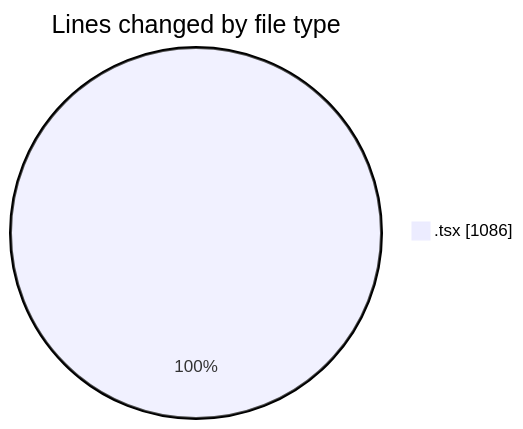
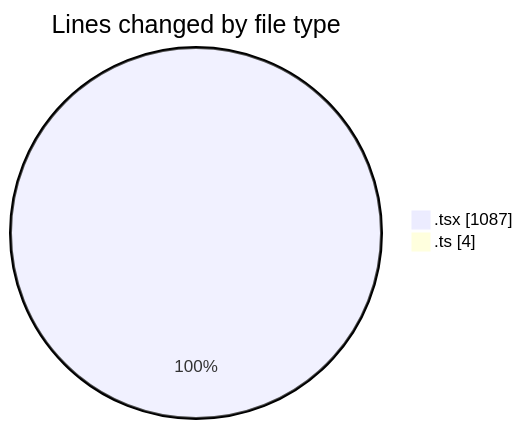
One commit to nxtqubesakshisongat/code-tracking changed the first of 2 diagrams in 2026-05-19/nxtqube_webapp/README.md. Above: the diagram before and after it, drawn with Mermaid. The commit also changed other lines of this file and 1 other file, not shown here.

````diff
--- a/2026-05-19/nxtqube_webapp/README.md
+++ b/2026-05-19/nxtqube_webapp/README.md
@@ -25,5 +26,6 @@
 ```mermaid
 pie showData
 title Lines changed by file type
-".tsx" : 1086
+".tsx" : 1087
+".ts" : 4
 ```
````
